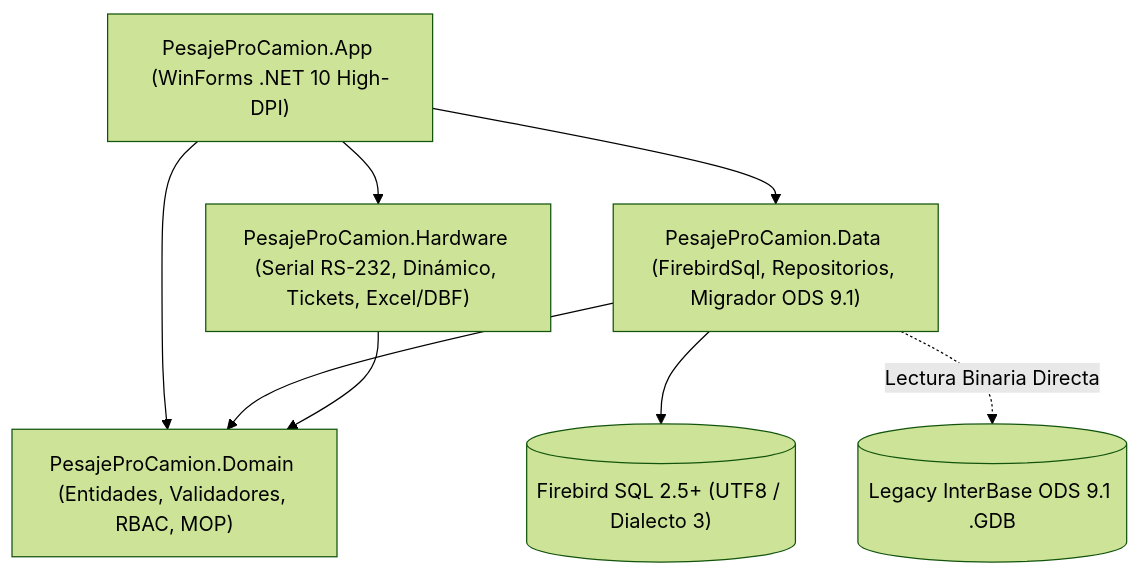
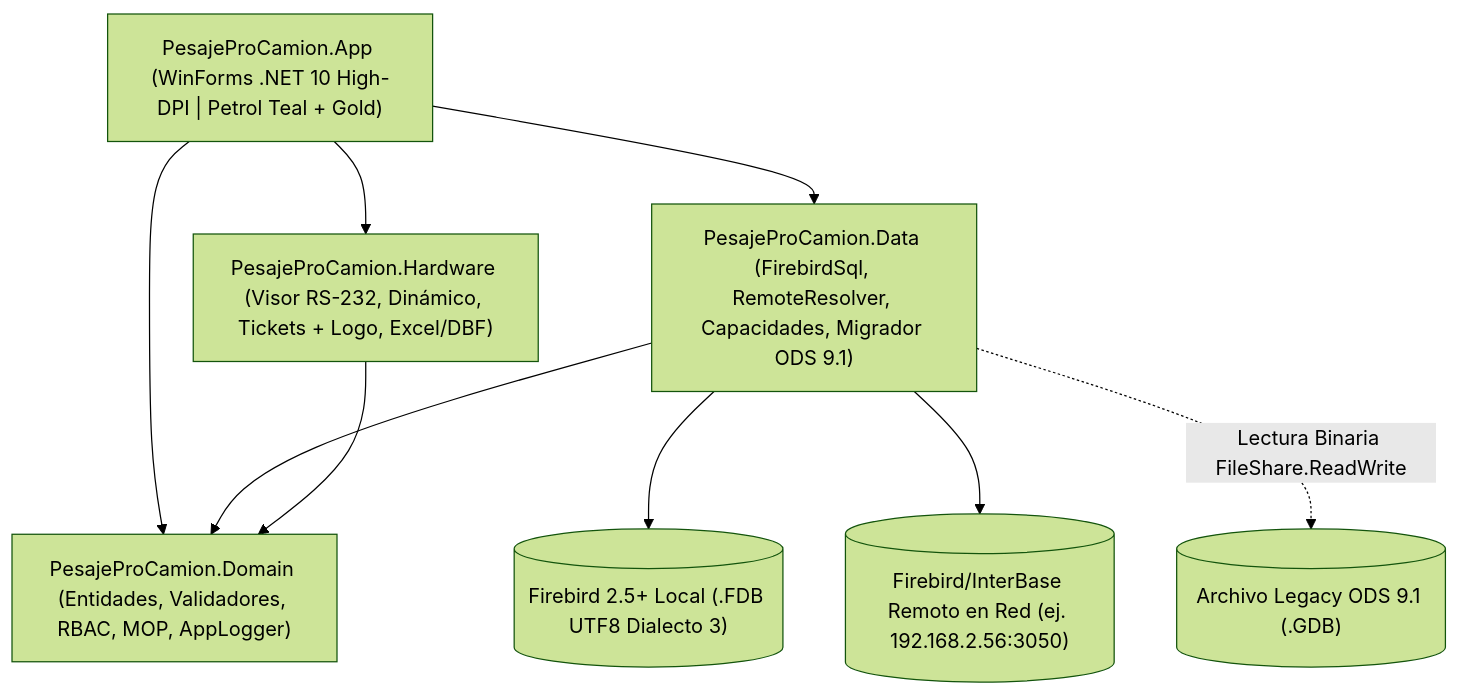
Before and after one commit to barriagada666-collab/PESAJEPROCAMION: the diagram in docs/ARQUITECTURA.md, drawn with Mermaid (forest theme). The commit also changed other lines of this file and 51 other files, not shown here.

Commit message:
feat: paleta Cambiaso Petrol Teal/Gold, logo oficial, modal BD remota UNC, visor logs y compilación portable zero-deps (v2.0.0)

````diff
--- a/docs/ARQUITECTURA.md
+++ b/docs/ARQUITECTURA.md
@@ -5,17 +5,19 @@
 ```mermaid
 flowchart TD
-    APP["PesajeProCamion.App (WinForms .NET 10 High-DPI)"]
-    DOMAIN["PesajeProCamion.Domain (Entidades, Validadores, RBAC, MOP)"]
-    DATA["PesajeProCamion.Data (FirebirdSql, Repositorios, Migrador ODS 9.1)"]
-    HW["PesajeProCamion.Hardware (Serial RS-232, Dinámico, Tickets, Excel/DBF)"]
-    FB[("Firebird SQL 2.5+ (UTF8 / Dialecto 3)")]
-    LEGACY[("Legacy InterBase ODS 9.1 .GDB")]
+    APP["PesajeProCamion.App (WinForms .NET 10 High-DPI | Petrol Teal + Gold)"]
+    DOMAIN["PesajeProCamion.Domain (Entidades, Validadores, RBAC, MOP, AppLogger)"]
+    DATA["PesajeProCamion.Data (FirebirdSql, RemoteResolver, Capacidades, Migrador ODS 9.1)"]
+    HW["PesajeProCamion.Hardware (Visor RS-232, Dinámico, Tickets + Logo, Excel/DBF)"]
+    FB_LOCAL[("Firebird 2.5+ Local (.FDB UTF8 Dialecto 3)")]
+    FB_REMOTE[("Firebird/InterBase Remoto en Red (ej. 192.168.2.56:3050)")]
+    LEGACY[("Archivo Legacy ODS 9.1 (.GDB)")]
 
     APP --> DOMAIN
     APP --> DATA
     APP --> HW
     DATA --> DOMAIN
     HW --> DOMAIN
-    DATA --> FB
-    DATA -. "Lectura Binaria Directa" .-> LEGACY
+    DATA --> FB_LOCAL
+    DATA --> FB_REMOTE
+    DATA -. "Lectura Binaria FileShare.ReadWrite" .-> LEGACY
 ```
````
